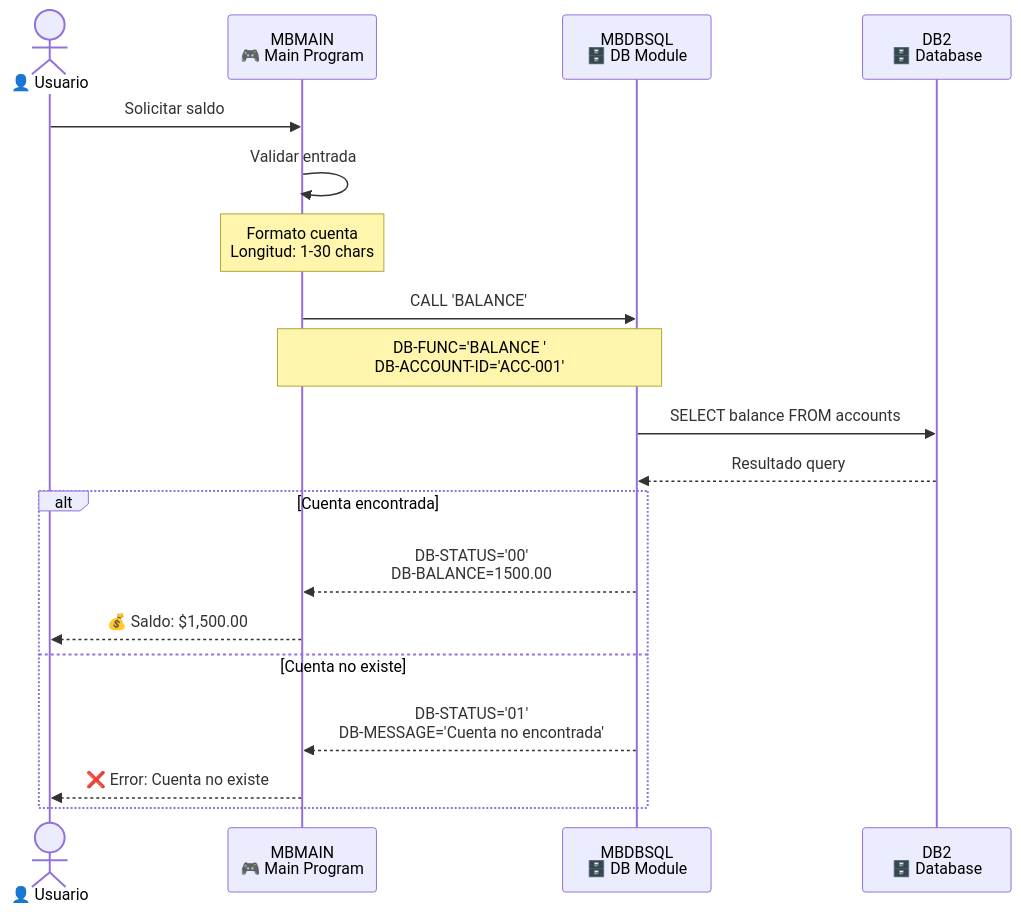
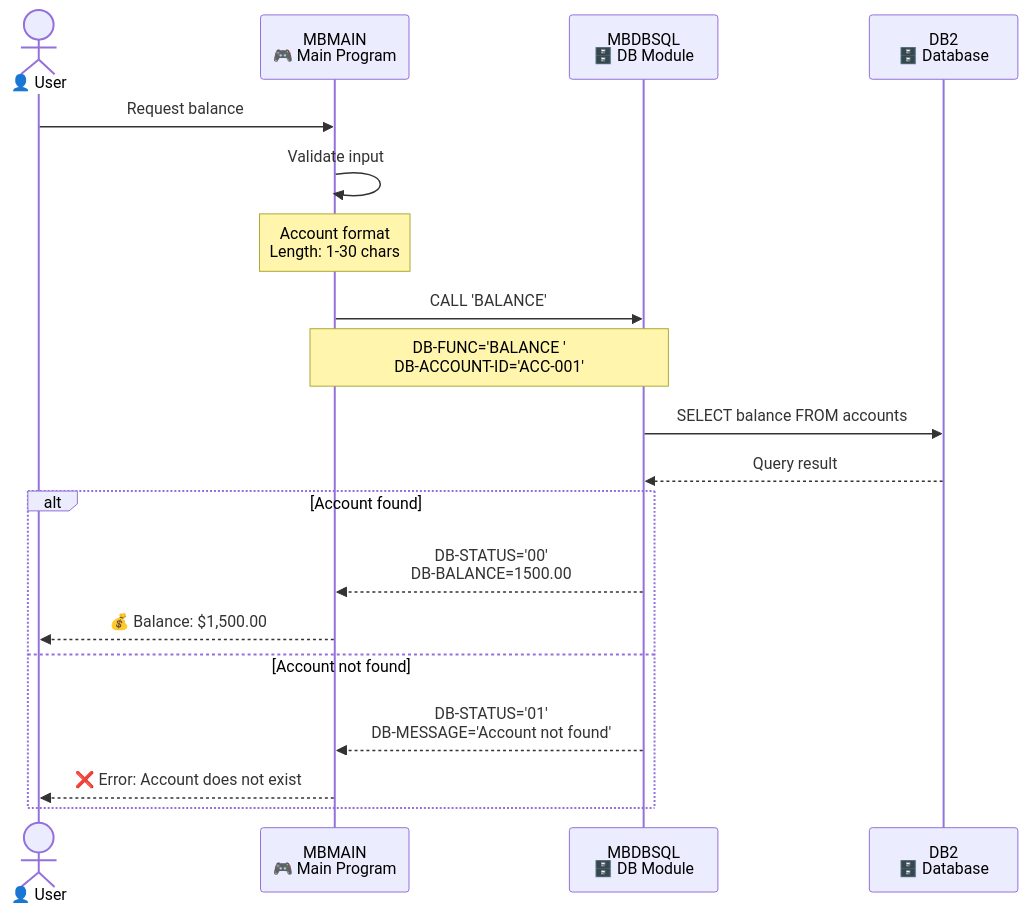
Before and after one commit to 0GiS0/cobol-minibank: the third of 5 diagrams in .github/agents/mermaid-diagram-creator.md, drawn with Mermaid. The commit also changed other lines of this file, not shown here.

Commit message:
fix: Update Mermaid Diagram Creator documentation for clarity and consistency in English

````diff
--- a/.github/agents/mermaid-diagram-creator.md
+++ b/.github/agents/mermaid-diagram-creator.md
@@ -73,25 +73,25 @@
 ```mermaid
 sequenceDiagram
-    actor User as 👤 Usuario
+    actor User as 👤 User
     participant Main as MBMAIN<br/>🎮 Main Program
     participant DBMod as MBDBSQL<br/>🗄️ DB Module
     participant DB2 as DB2<br/>🗄️ Database
 
-    User->>Main: Solicitar saldo
-    Main->>Main: Validar entrada
-    Note over Main: Formato cuenta<br/>Longitud: 1-30 chars
+    User->>Main: Request balance
+    Main->>Main: Validate input
+    Note over Main: Account format<br/>Length: 1-30 chars
 
     Main->>DBMod: CALL 'BALANCE'
     Note over Main,DBMod: DB-FUNC='BALANCE '<br/>DB-ACCOUNT-ID='ACC-001'
 
     DBMod->>DB2: SELECT balance FROM accounts
-    DB2-->>DBMod: Resultado query
+    DB2-->>DBMod: Query result
 
-    alt Cuenta encontrada
+    alt Account found
         DBMod-->>Main: DB-STATUS='00'<br/>DB-BALANCE=1500.00
-        Main-->>User: 💰 Saldo: $1,500.00
-    else Cuenta no existe
-        DBMod-->>Main: DB-STATUS='01'<br/>DB-MESSAGE='Cuenta no encontrada'
-        Main-->>User: ❌ Error: Cuenta no existe
+        Main-->>User: 💰 Balance: $1,500.00
+    else Account not found
+        DBMod-->>Main: DB-STATUS='01'<br/>DB-MESSAGE='Account not found'
+        Main-->>User: ❌ Error: Account does not exist
     end
 ```
````
